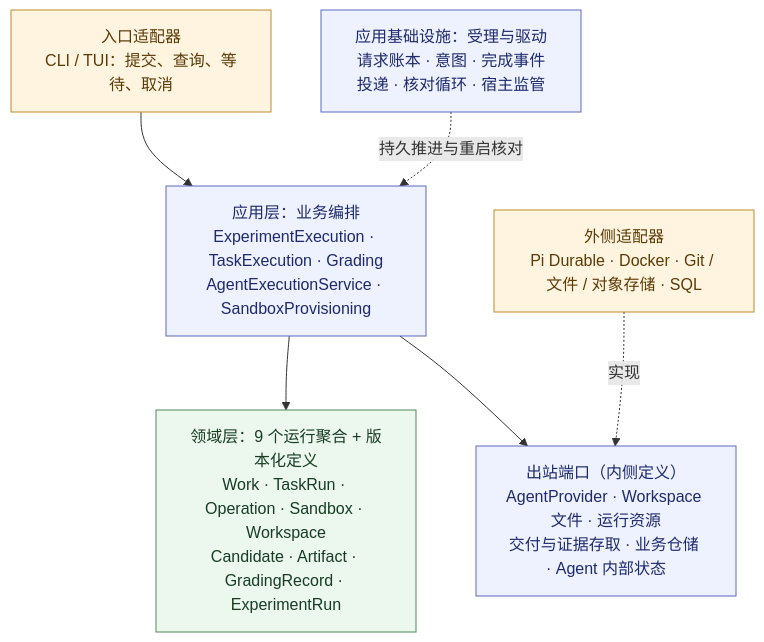
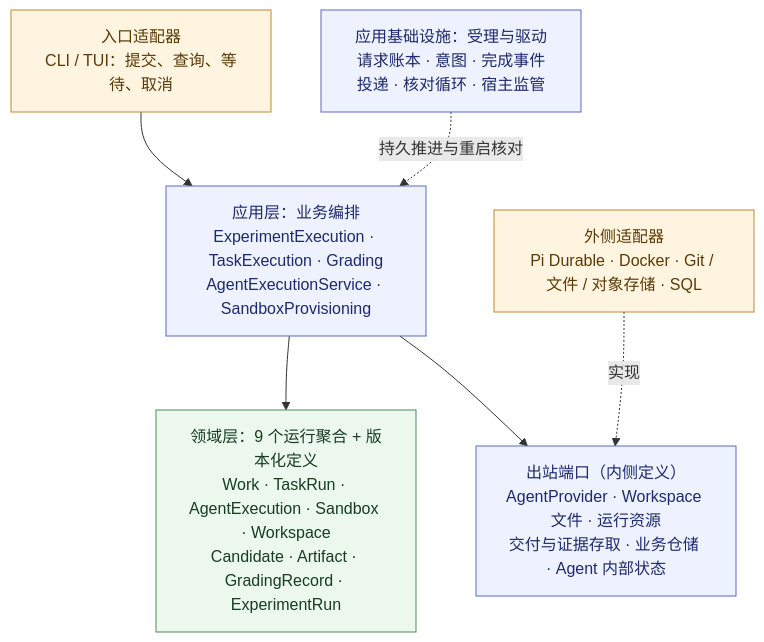
The diagram in docs/assets/model-layers.mmd (MaybeLL/Ground), drawn with Mermaid before and after one commit. The commit also changed 15 other files, not shown here.

```diff
--- a/docs/assets/model-layers.mmd
+++ b/docs/assets/model-layers.mmd
@@ -1,12 +1,12 @@
 flowchart TB
   IN["入口适配器<br/>CLI / TUI：提交、查询、等待、取消"] --> APP["应用层：业务编排<br/>ExperimentExecution · TaskExecution · Grading<br/>AgentExecutionService · SandboxProvisioning"]
-  APP --> DOM["领域层：9 个运行聚合 + 版本化定义<br/>Work · TaskRun · Operation · Sandbox · Workspace<br/>Candidate · Artifact · GradingRecord · ExperimentRun"]
+  APP --> DOM["领域层：9 个运行聚合 + 版本化定义<br/>Work · TaskRun · AgentExecution · Sandbox · Workspace<br/>Candidate · Artifact · GradingRecord · ExperimentRun"]
   APP --> PORT["出站端口（内侧定义）<br/>AgentProvider · Workspace 文件 · 运行资源<br/>交付与证据存取 · 业务仓储 · Agent 内部状态"]
   ADP["外侧适配器<br/>Pi Durable · Docker · Git / 文件 / 对象存储 · SQL"] -.->|实现| PORT
   DRV["应用基础设施：受理与驱动<br/>请求账本 · 意图 · 完成事件投递 · 核对循环 · 宿主监管"] -.->|持久推进与重启核对| APP
   classDef a fill:#eef2ff,stroke:#5b6abf,color:#1e2a6b;
   classDef d fill:#ecf7ee,stroke:#4c8a5a,color:#173d22;
   classDef o fill:#fff4e0,stroke:#c08a2d,color:#5a3b06;
   class IN,ADP o;
   class APP,DRV,PORT a;
   class DOM d;
```
